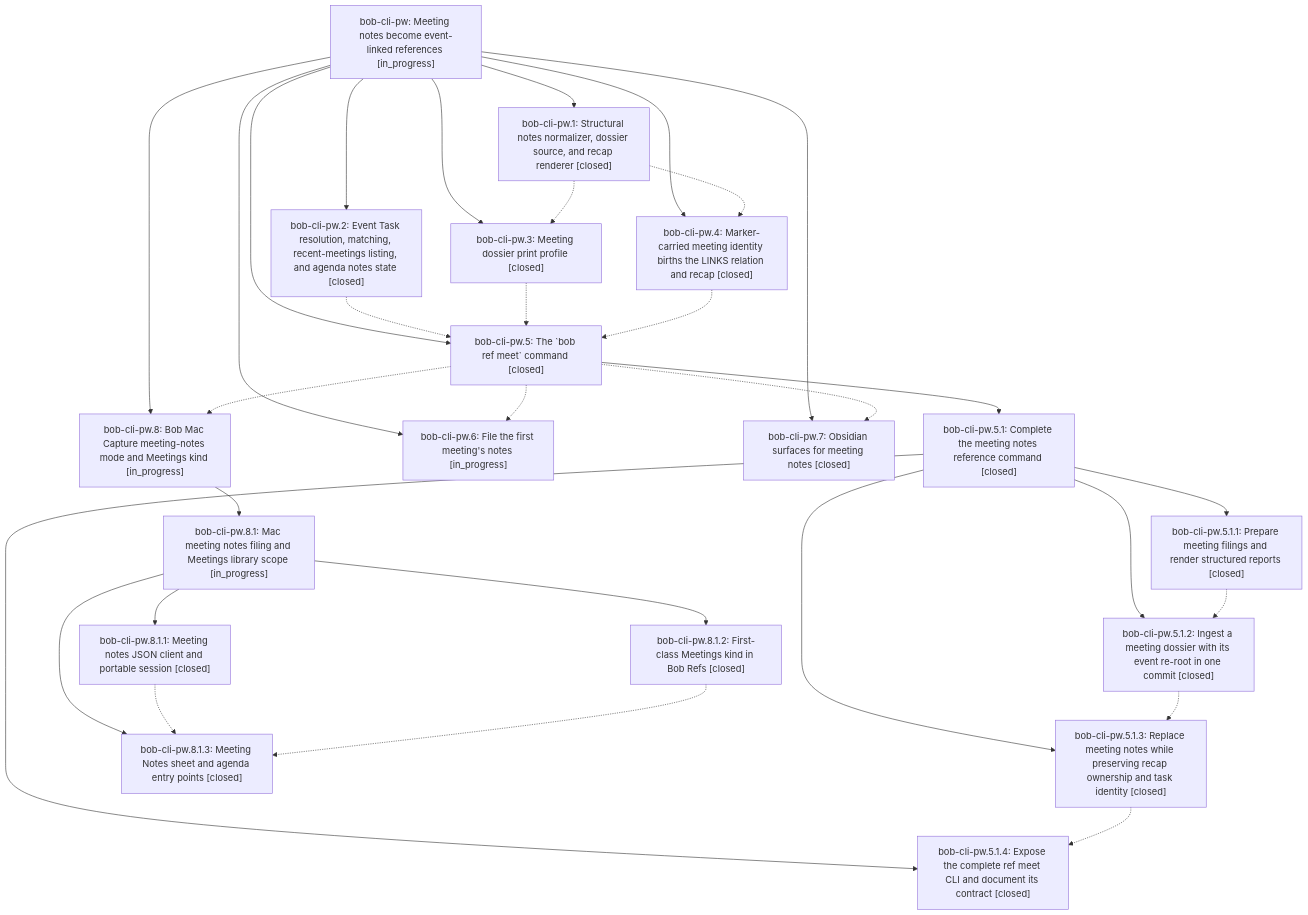
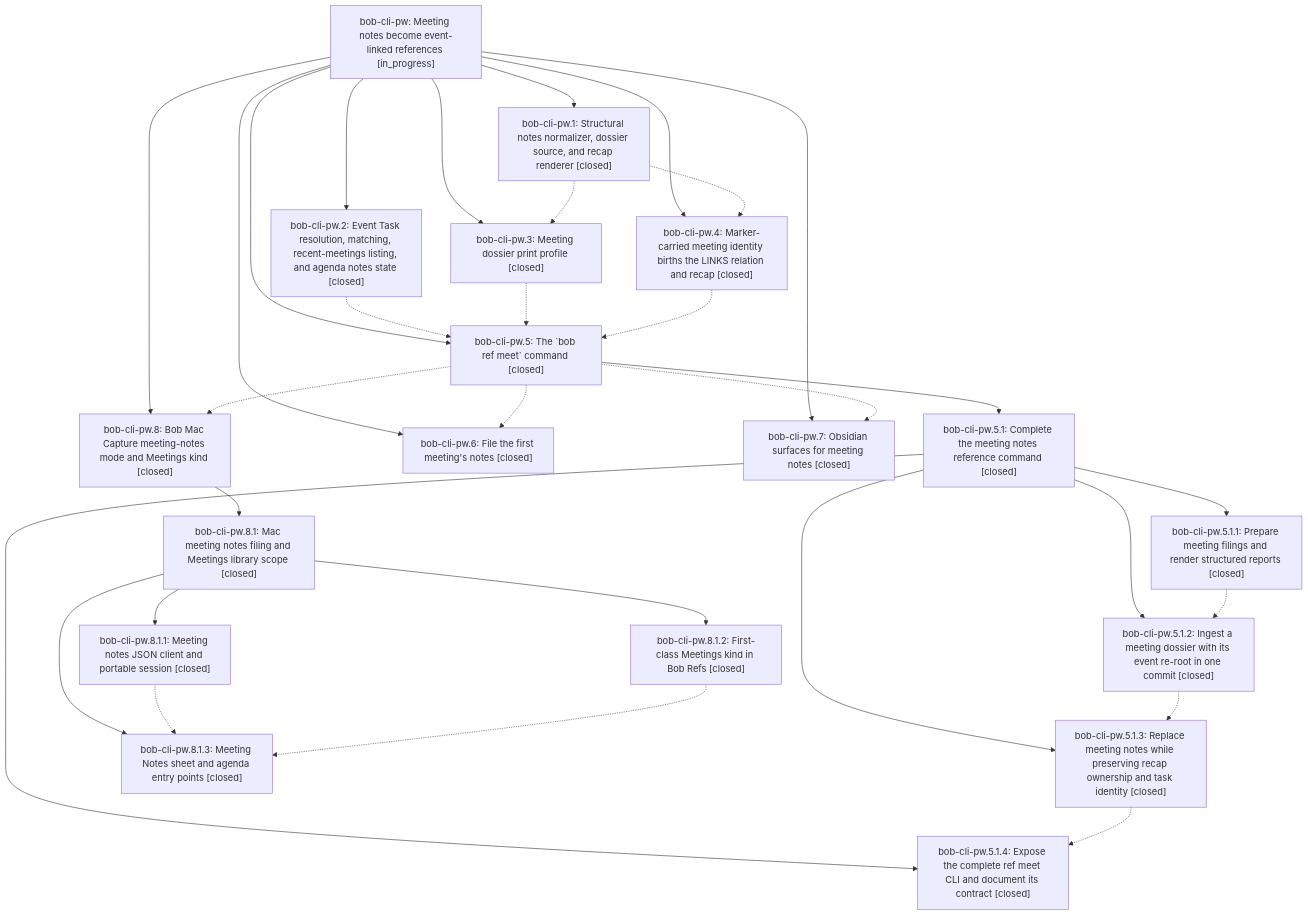
Before and after one commit to bobs-org/bob-cli--beads: the diagram in pages/bob-cli-pw/README.md, drawn with Mermaid. The commit also changed other lines of this file and 6 other files, not shown here.

First line of the commit message:
chore(beads): sync bead state and pages for bob-cli-pw

````diff
--- a/pages/bob-cli-pw/README.md
+++ b/pages/bob-cli-pw/README.md
@@ -53,51 +53,51 @@
 ```mermaid
 flowchart TD
     n0["bob-cli-pw: Meeting notes become event-linked references [in_progress]"]
     n1["bob-cli-pw.1: Structural notes normalizer, dossier source, and recap renderer [closed]"]
     n2["bob-cli-pw.2: Event Task resolution, matching, recent-meetings listing, and agenda notes state [closed]"]
     n3["bob-cli-pw.3: Meeting dossier print profile [closed]"]
     n4["bob-cli-pw.4: Marker-carried meeting identity births the LINKS relation and recap [closed]"]
     n5["bob-cli-pw.5: The `bob ref meet` command [closed]"]
     n6["bob-cli-pw.5.1: Complete the meeting notes reference command [closed]"]
     n7["bob-cli-pw.5.1.1: Prepare meeting filings and render structured reports [closed]"]
     n8["bob-cli-pw.5.1.2: Ingest a meeting dossier with its event re-root in one commit [closed]"]
     n9["bob-cli-pw.5.1.3: Replace meeting notes while preserving recap ownership and task identity [closed]"]
     n10["bob-cli-pw.5.1.4: Expose the complete ref meet CLI and document its contract [closed]"]
-    n11["bob-cli-pw.6: File the first meeting's notes [in_progress]"]
+    n11["bob-cli-pw.6: File the first meeting's notes [closed]"]
     n12["bob-cli-pw.7: Obsidian surfaces for meeting notes [closed]"]
-    n13["bob-cli-pw.8: Bob Mac Capture meeting-notes mode and Meetings kind [in_progress]"]
-    n14["bob-cli-pw.8.1: Mac meeting notes filing and Meetings library scope [in_progress]"]
+    n13["bob-cli-pw.8: Bob Mac Capture meeting-notes mode and Meetings kind [closed]"]
+    n14["bob-cli-pw.8.1: Mac meeting notes filing and Meetings library scope [closed]"]
     n15["bob-cli-pw.8.1.1: Meeting notes JSON client and portable session [closed]"]
     n16["bob-cli-pw.8.1.2: First-class Meetings kind in Bob Refs [closed]"]
     n17["bob-cli-pw.8.1.3: Meeting Notes sheet and agenda entry points [closed]"]
     n0 --> n1
     n0 --> n2
     n0 --> n3
     n0 --> n4
     n0 --> n5
     n5 --> n6
     n6 --> n7
     n6 --> n8
     n6 --> n9
     n6 --> n10
     n0 --> n11
     n0 --> n12
     n0 --> n13
     n13 --> n14
     n14 --> n15
     n14 --> n16
     n14 --> n17
     n1 -.-> n3
     n1 -.-> n4
     n2 -.-> n5
     n3 -.-> n5
     n4 -.-> n5
     n5 -.-> n11
     n5 -.-> n12
     n5 -.-> n13
     n7 -.-> n8
     n8 -.-> n9
     n9 -.-> n10
     n15 -.-> n17
     n16 -.-> n17
 ```
````
